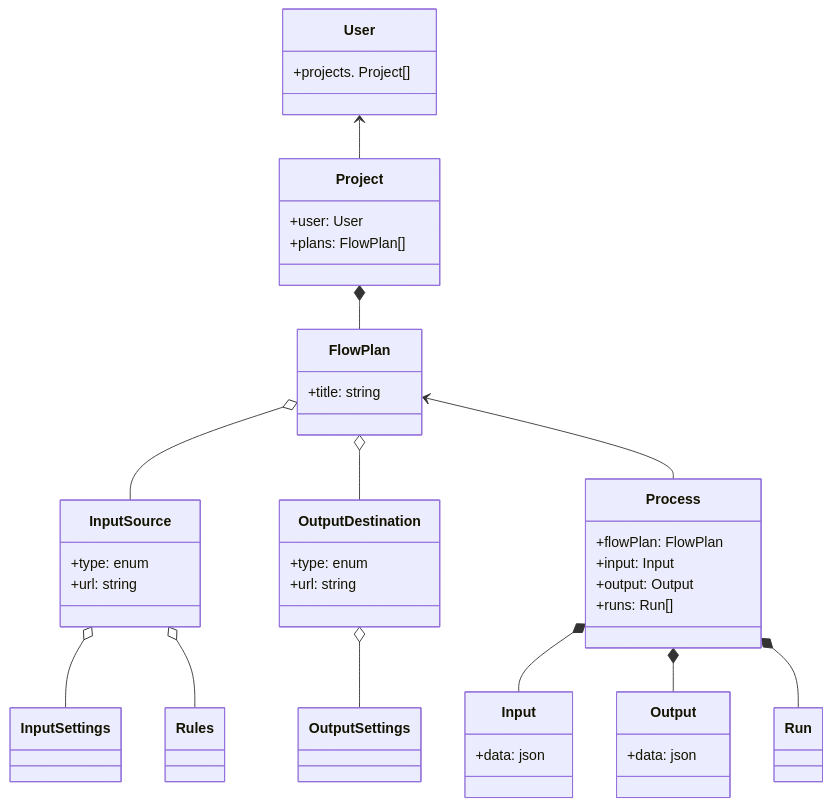
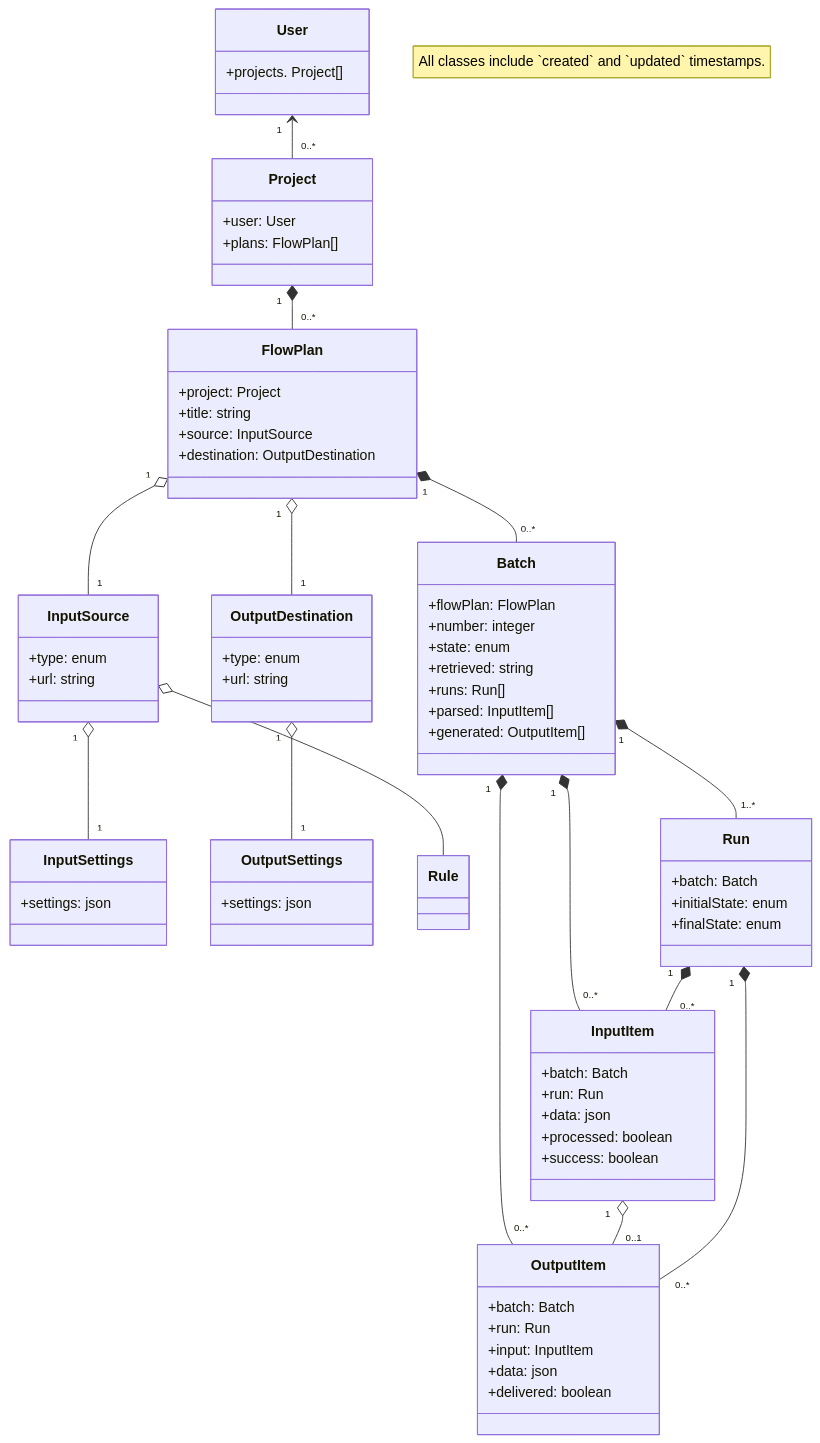
The diagram in docs/docs/guides/uml.mdx (dataplugoy/tasenor-data-exchange), drawn with Mermaid before and after one commit.

Commit message:
TADEX-23: Work in input UML.

````diff
--- a/docs/docs/guides/uml.mdx
+++ b/docs/docs/guides/uml.mdx
@@ -7,5 +7,7 @@
 ```mermaid
 classDiagram
+
+  note "All classes include `created` and `updated` timestamps."
 
     class User{
       +projects. Project[]
@@ -16,67 +18,88 @@
       +user: User
       +plans: FlowPlan[]
     }
-    User <-- Project
+    User "1" <-- "0..*" Project
 
 
     class FlowPlan{
+      +project: Project
       +title: string
+      +source: InputSource
+      +destination: OutputDestination
     }
-    Project *-- FlowPlan
+    Project "1" *-- "0..*" FlowPlan
 
 
     class InputSource{
       +type: enum
       +url: string
     }
-    FlowPlan o-- InputSource
+    FlowPlan "1" o-- "1" InputSource
 
 
     class InputSettings{
+      +settings: json
     }
-    InputSource o-- InputSettings
+    InputSource "1" o-- "1" InputSettings
 
 
     class OutputDestination{
       +type: enum
       +url: string
     }
-    FlowPlan o-- OutputDestination
+    FlowPlan "1" o-- "1" OutputDestination
 
 
     class OutputSettings{
+      +settings: json
     }
-    OutputDestination o-- OutputSettings
+    OutputDestination "1" o-- "1" OutputSettings
 
 
-    class Rules{
+    class Rule{
     }
-    InputSource o-- Rules
+    InputSource o-- Rule
 
 
-    class Process{
+    class Batch{
       +flowPlan: FlowPlan
-      +input: Input
-      +output: Output
+      +number: integer
+      +state: enum
+      +retrieved: string
       +runs: Run[]
+      +parsed: InputItem[]
+      +generated: OutputItem[]
     }
-    FlowPlan <-- Process
+    FlowPlan "1" *-- "0..*" Batch
 
 
-    class Input{
+    class InputItem{
+      +batch: Batch
+      +run: Run
       +data: json
+      +processed: boolean
+      +success: boolean
     }
-    Process *-- Input
+    Batch "1" *-- "0..*" InputItem
 
 
-    class Output{
+    class OutputItem{
+      +batch: Batch
+      +run: Run
+      +input: InputItem
       +data: json
+      +delivered: boolean
     }
-    Process *-- Output
-
+    Batch "1" *-- "0..*" OutputItem
+    InputItem "1" o-- "0..1" OutputItem
 
     class Run{
+      +batch: Batch
+      +initialState: enum
+      +finalState: enum
     }
-    Process *-- Run
+    Batch "1" *-- "1..*" Run
+    Run "1" *-- "0..*" InputItem
+    Run "1" *-- "0..*" OutputItem
 
 ```
````
